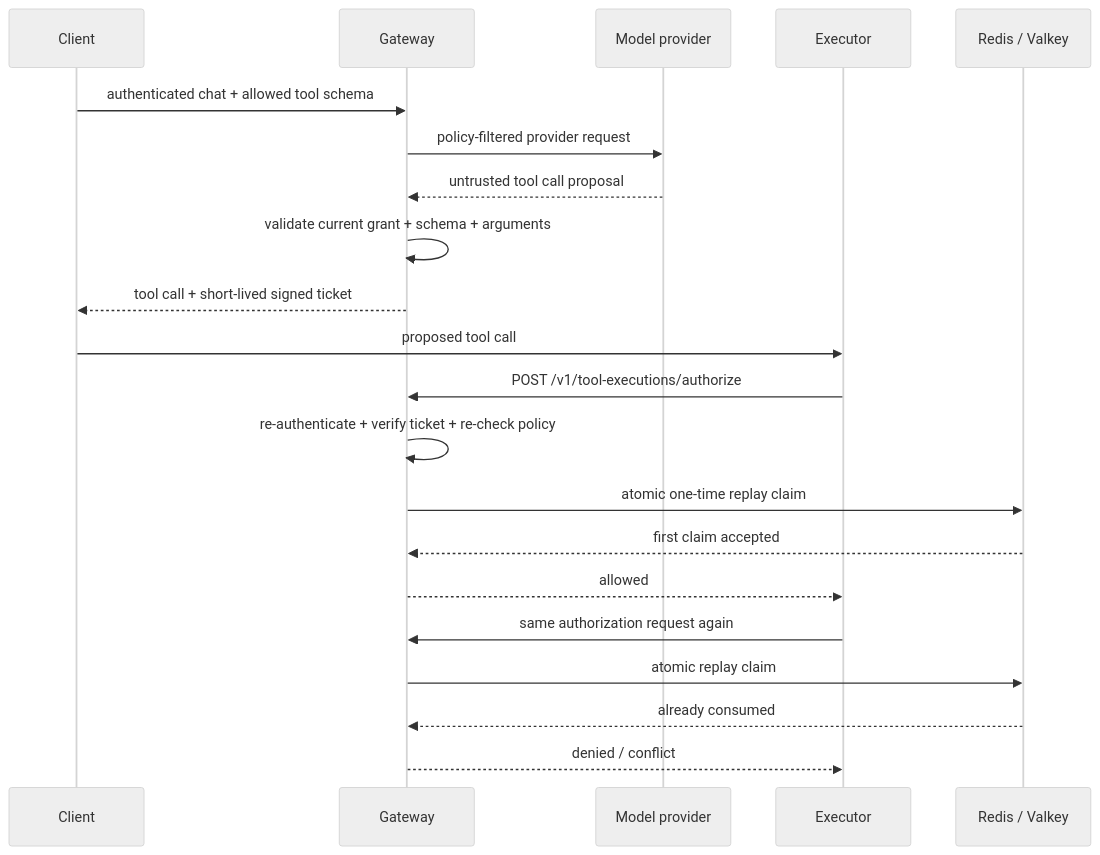
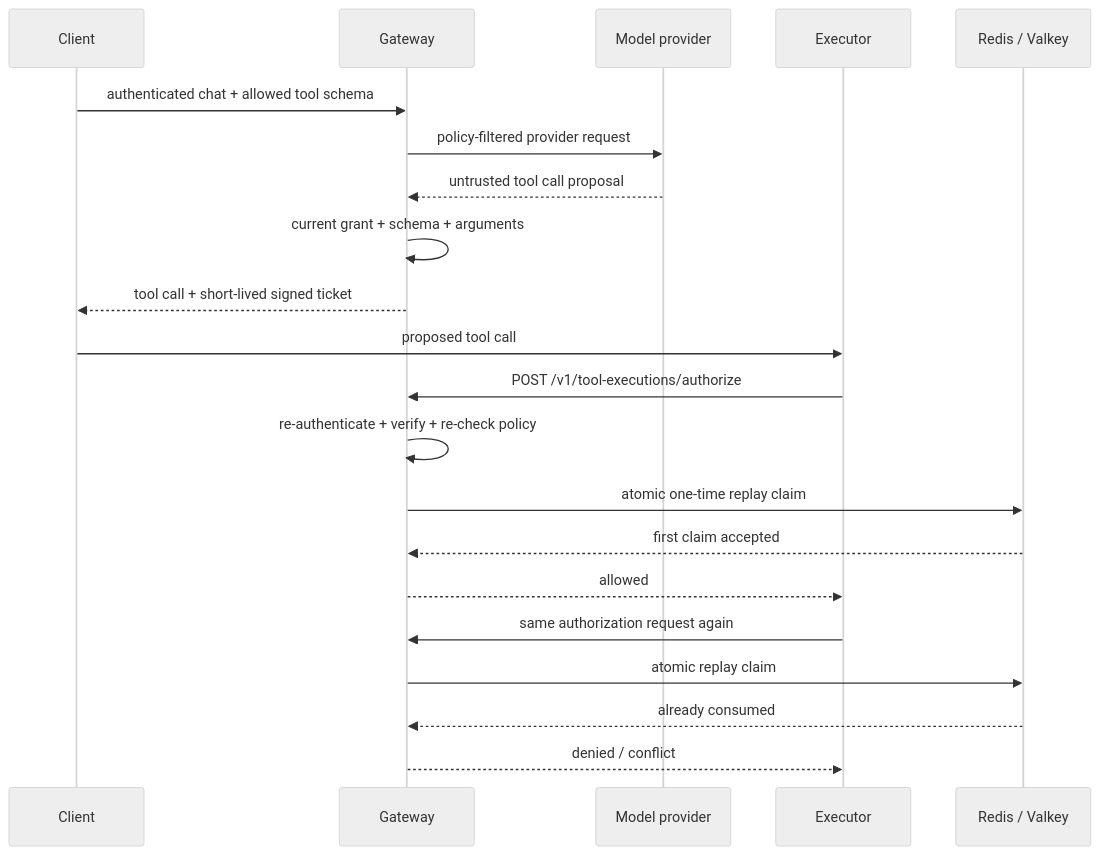
The third of 3 diagrams in docs/architecture.md (joshuabisdorf/Secure-AI-Gateway), drawn with Mermaid (neutral theme) before and after one commit. The commit also changed other lines of this file, not shown here.

Commit message:
Update M12 architecture and trust boundaries

````diff
--- a/docs/architecture.md
+++ b/docs/architecture.md
@@ -50,24 +69,24 @@
 ```mermaid
 sequenceDiagram
     participant C as Client
     participant G as Gateway
     participant M as Model provider
     participant E as Executor
     participant R as Redis / Valkey
 
     C->>G: authenticated chat + allowed tool schema
     G->>M: policy-filtered provider request
     M-->>G: untrusted tool call proposal
-    G->>G: validate current grant + schema + arguments
+    G->>G: current grant + schema + arguments
     G-->>C: tool call + short-lived signed ticket
     C->>E: proposed tool call
     E->>G: POST /v1/tool-executions/authorize
-    G->>G: re-authenticate + verify ticket + re-check policy
+    G->>G: re-authenticate + verify + re-check policy
     G->>R: atomic one-time replay claim
     R-->>G: first claim accepted
     G-->>E: allowed
     E->>G: same authorization request again
     G->>R: atomic replay claim
     R-->>G: already consumed
     G-->>E: denied / conflict
 ```
````
